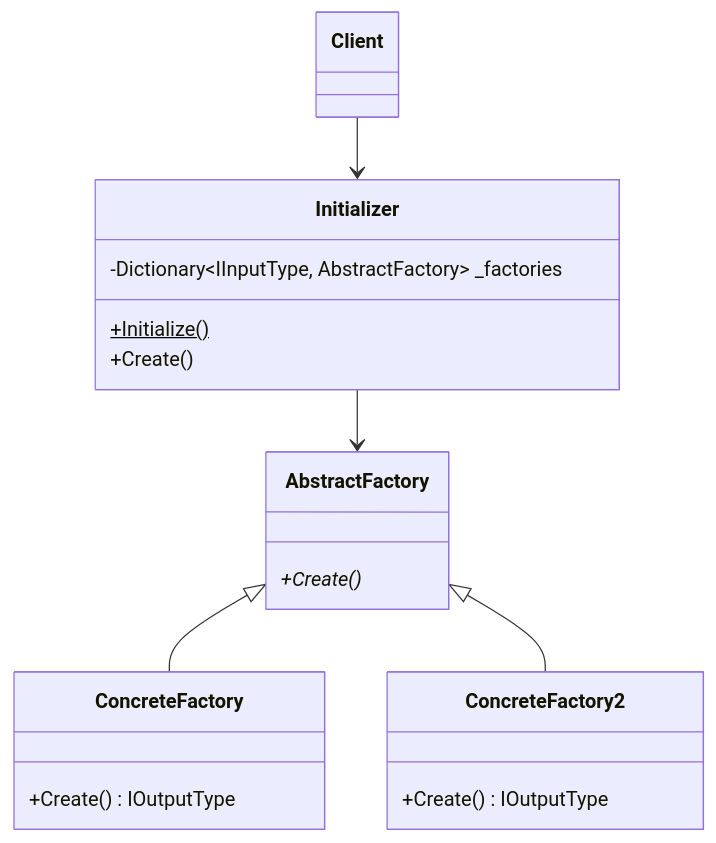
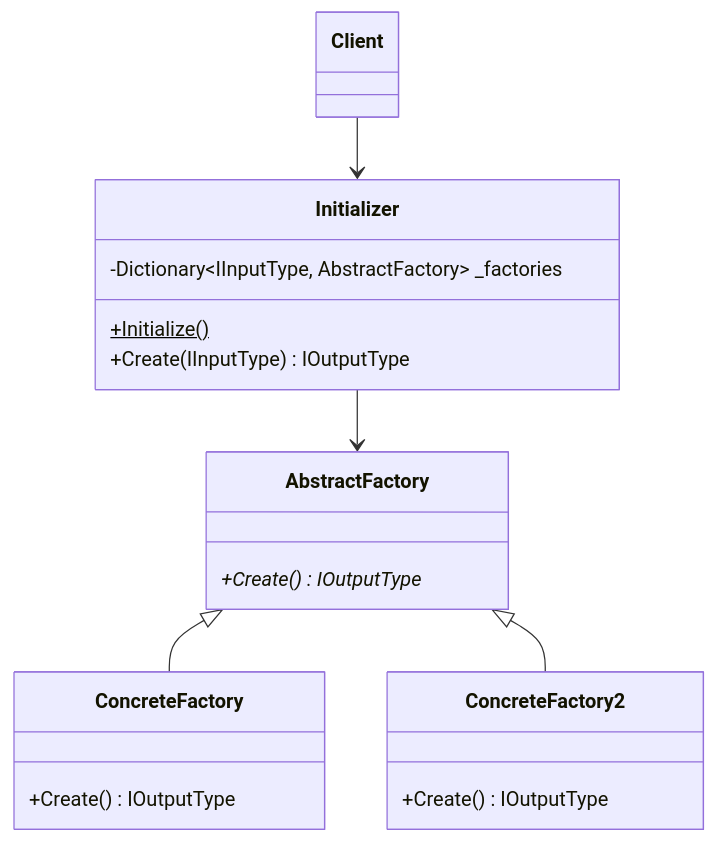
One commit to wbratz/generic-factory changed the diagram in README.md. Above: the diagram before and after it, drawn with Mermaid.

````diff
--- a/README.md
+++ b/README.md
@@ -4,14 +4,14 @@
 ```mermaid
 classDiagram
     Client --> Initializer
     Initializer --> AbstractFactory
     AbstractFactory <|-- ConcreteFactory
     AbstractFactory <|-- ConcreteFactory2
     
     Initializer : -Dictionary~IInputType, AbstractFactory~ _factories
     Initializer : +Initialize()$
-    Initializer : +Create()
-    AbstractFactory : +Create()*
+    Initializer : +Create(IInputType) IOutputType
+    AbstractFactory : +Create()* IOutputType
     ConcreteFactory : +Create() IOutputType
     ConcreteFactory2 : +Create() IOutputType
 ```
````
